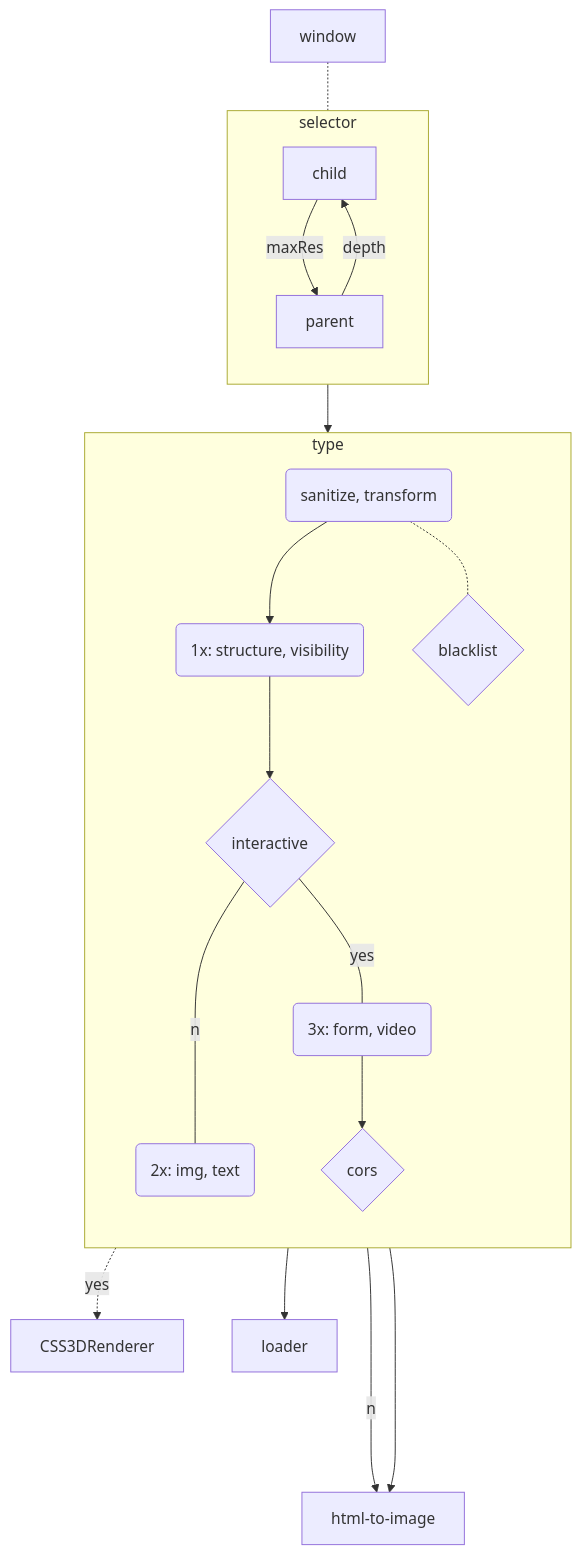
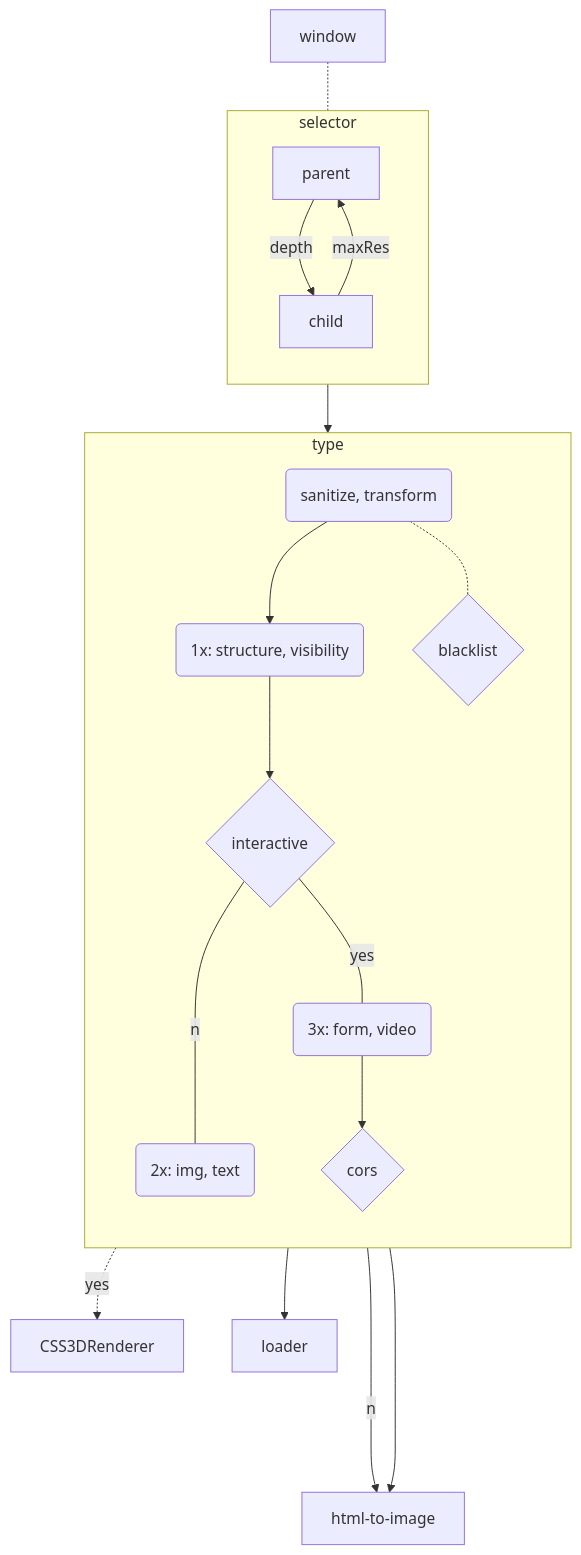
One commit to KurtPachinger/mpos-precept changed the diagram in README.md. Above: the diagram before and after it, drawn with Mermaid. The commit also changed other lines of this file, not shown here.

````diff
--- a/README.md
+++ b/README.md
@@ -22,28 +22,28 @@
 ```mermaid
 flowchart TB
 
 window-.-selector
 subgraph selector
  direction TB
+ parent--depth-->child
  child--maxRes-->parent
- parent--depth-->child
 end
 
 grade("sanitize, transform")
 selector-->grade-->a
 
 subgraph type
   direction TB
   a("1x: structure, visibility")
   grade-.-tag{blacklist}
   a-->b{interactive}
   b--no---poster("2x: img, text")
   b--yes---native("3x: form, video")
   native-->c{cors}
 end
 
 c-.yes-.->CSS3DRenderer
 c--no--->html-to-image
 poster-->html-to-image
 a-->loader
 ```
````
